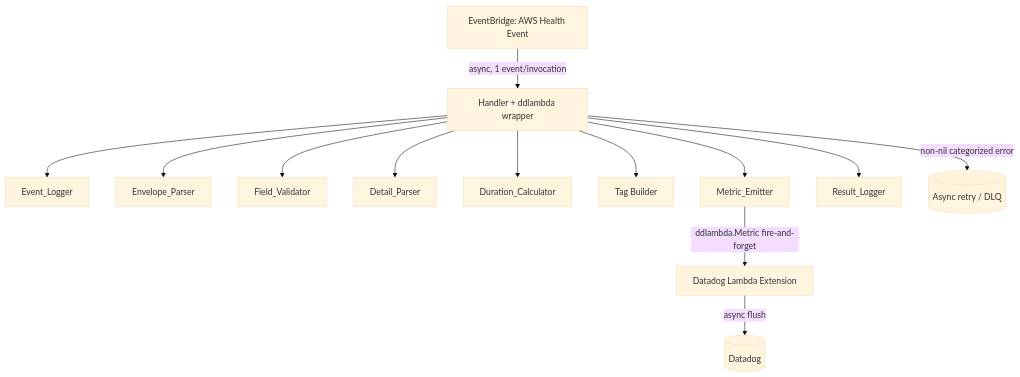
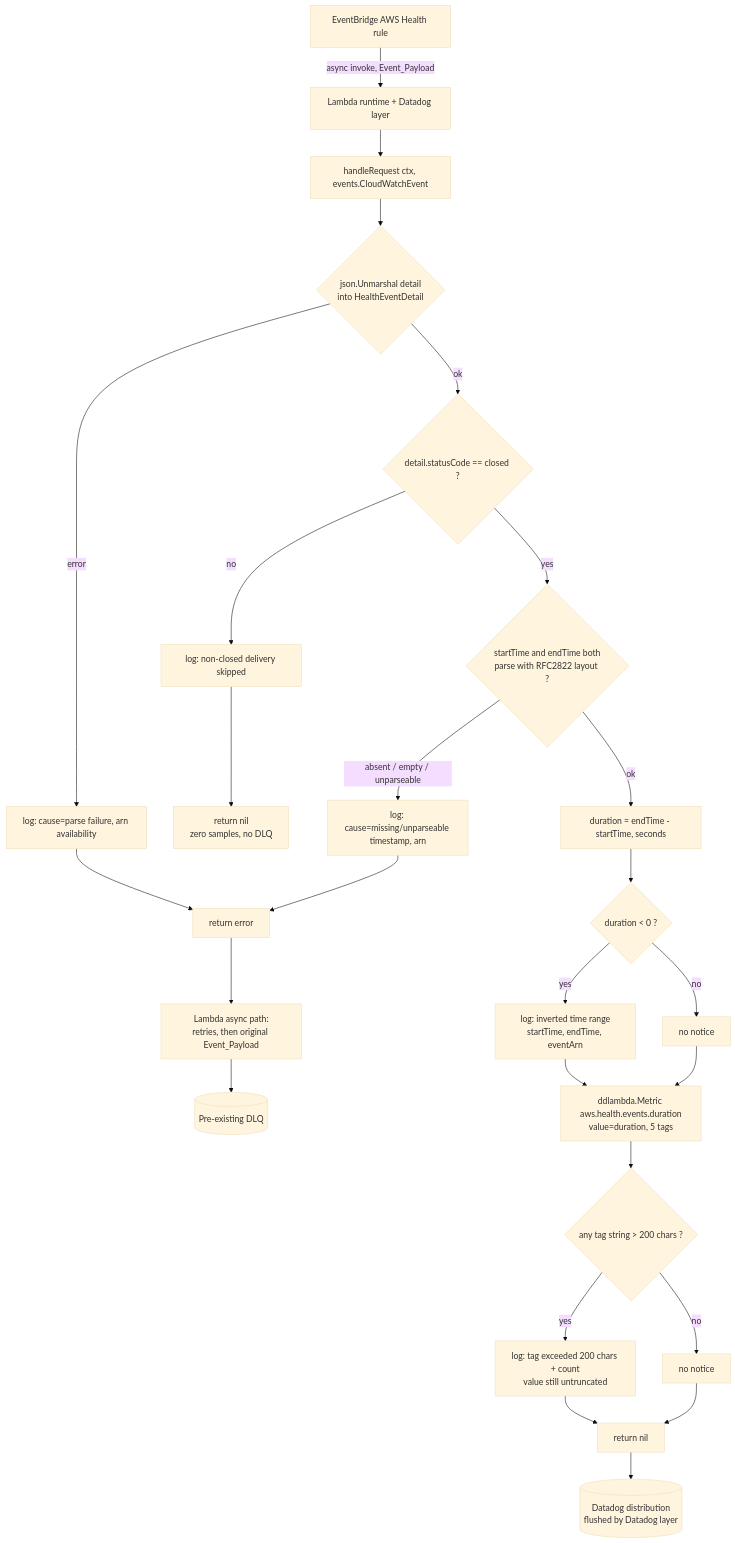
Before and after one commit to codengsht/health-lambda2: the diagram in .kiro/specs/aws-health-event-telemetry/design.md, drawn with Mermaid (base theme). The commit also changed other lines of this file and 15 other files, not shown here.

````diff
--- a/.kiro/specs/aws-health-event-telemetry/design.md
+++ b/.kiro/specs/aws-health-event-telemetry/design.md
@@ -43,15 +55,33 @@
 ```mermaid
-graph TD
-    EB[EventBridge: AWS Health Event] -->|async, 1 event/invocation| H[Handler + ddlambda wrapper]
-    H --> EL[Event_Logger]
-    H --> EP[Envelope_Parser]
-    H --> FV[Field_Validator]
-    H --> DP[Detail_Parser]
-    H --> DC[Duration_Calculator]
-    H --> TB[Tag Builder]
-    H --> ME[Metric_Emitter]
-    H --> RL[Result_Logger]
-    ME -->|ddlambda.Metric fire-and-forget| EXT[Datadog Lambda Extension]
-    EXT -->|async flush| DD[(Datadog)]
-    H -->|non-nil categorized error| DLQ[(Async retry / DLQ)]
+flowchart TD
+    EB[EventBridge AWS Health rule] -->|async invoke, Event_Payload| RT[Lambda runtime + Datadog layer]
+    RT --> H[handleRequest ctx, events.CloudWatchEvent]
+
+    H --> U{json.Unmarshal detail<br/>into HealthEventDetail}
+    U -->|error| E1[log: cause=parse failure, arn availability]
+    E1 --> ERR[return error]
+
+    U -->|ok| S{detail.statusCode == closed ?}
+    S -->|no| NC[log: non-closed delivery skipped]
+    NC --> OK1[return nil<br/>zero samples, no DLQ]
+
+    S -->|yes| T{startTime and endTime both<br/>parse with RFC2822 layout ?}
+    T -->|absent / empty / unparseable| E2[log: cause=missing/unparseable timestamp, arn]
+    E2 --> ERR
+
+    T -->|ok| D[duration = endTime - startTime, seconds]
+    D --> INV{duration < 0 ?}
+    INV -->|yes| LI[log: inverted time range<br/>startTime, endTime, eventArn]
+    INV -->|no| LN[no notice]
+    LI --> M
+    LN --> M[ddlambda.Metric aws.health.events.duration<br/>value=duration, 5 tags]
+    M --> TL{any tag string > 200 chars ?}
+    TL -->|yes| LT[log: tag exceeded 200 chars + count<br/>value still untruncated]
+    TL -->|no| LZ[no notice]
+    LT --> OK2
+    LZ --> OK2[return nil]
+
+    ERR --> ASYNC[Lambda async path:<br/>retries, then original Event_Payload]
+    ASYNC --> DLQ[(Pre-existing DLQ)]
+    OK2 --> DD[(Datadog distribution<br/>flushed by Datadog layer)]
 ```
````
